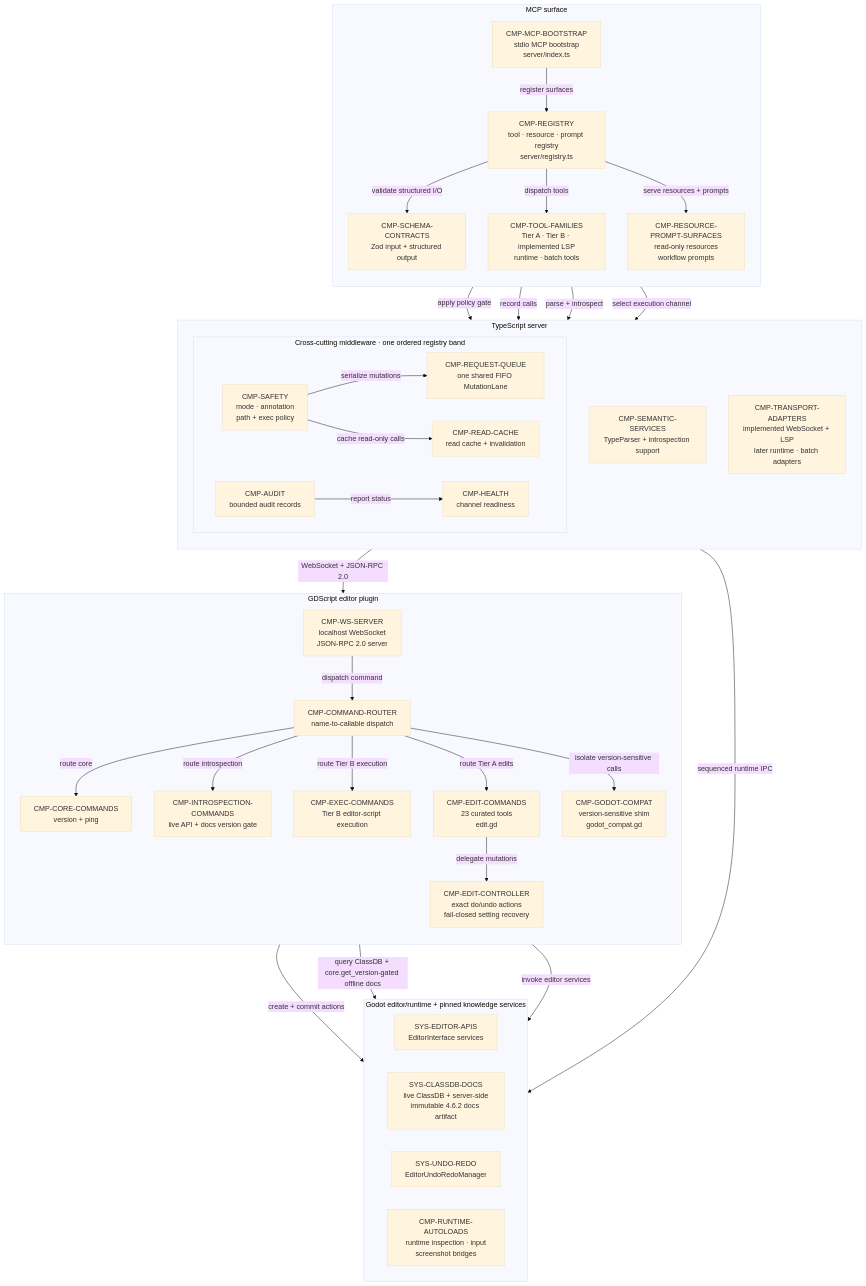
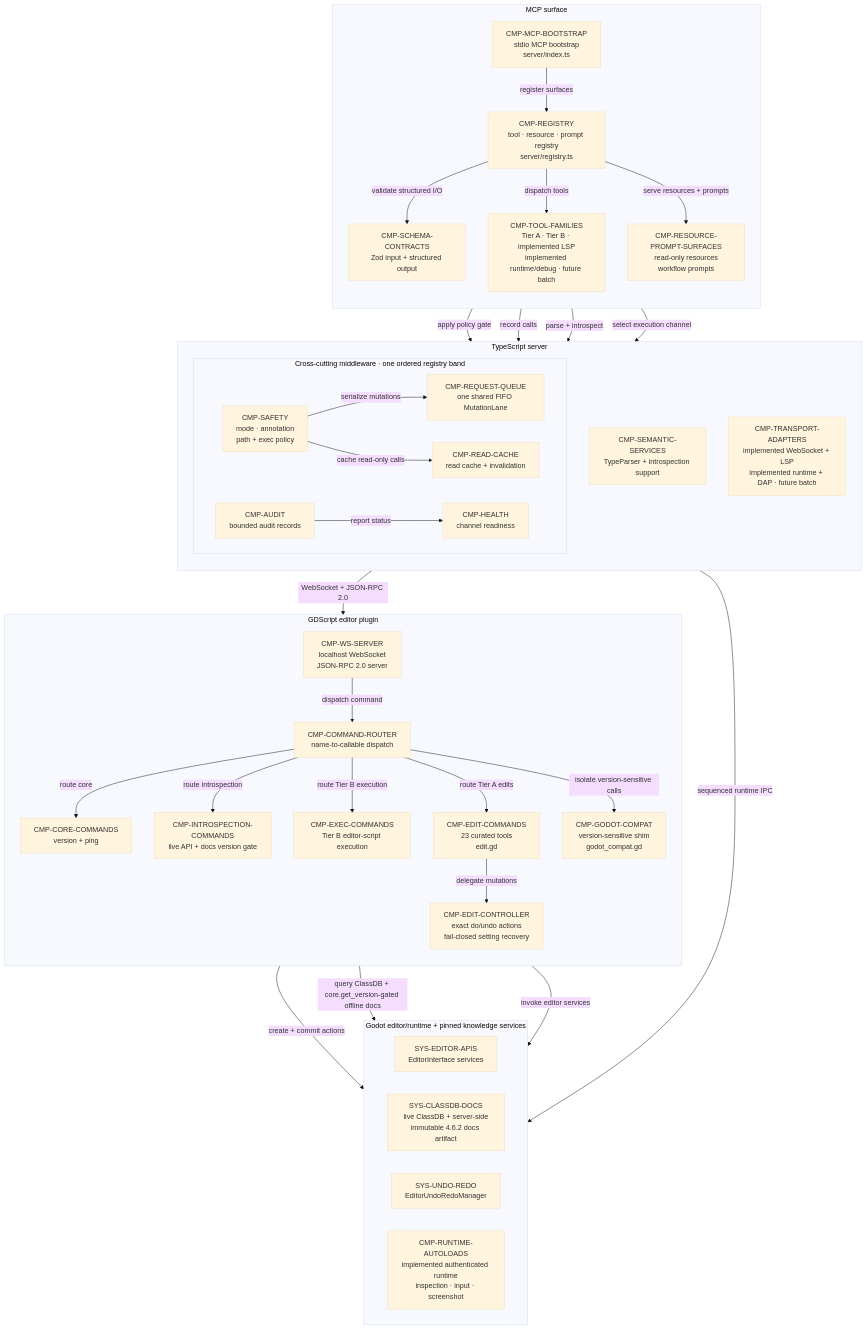
Before and after one commit to 9thLevelSoftware/robogodot: the diagram in docs/architecture/04-server-components.md, drawn with Mermaid (base theme). The commit also changed other lines of this file and 37 other files, not shown here.

```diff
--- a/docs/architecture/04-server-components.md
+++ b/docs/architecture/04-server-components.md
@@ -28,7 +28,7 @@
     %% atlas-node: CMP-SCHEMA-CONTRACTS
     CMP_SCHEMA_CONTRACTS["CMP-SCHEMA-CONTRACTS<br/>Zod input + structured output"]
     %% atlas-node: CMP-TOOL-FAMILIES
-    CMP_TOOL_FAMILIES["CMP-TOOL-FAMILIES<br/>Tier A · Tier B · implemented LSP<br/>runtime · batch tools"]
+    CMP_TOOL_FAMILIES["CMP-TOOL-FAMILIES<br/>Tier A · Tier B · implemented LSP<br/>implemented runtime/debug · future batch"]
     %% atlas-node: CMP-RESOURCE-PROMPT-SURFACES
     CMP_RESOURCE_PROMPT_SURFACES["CMP-RESOURCE-PROMPT-SURFACES<br/>read-only resources<br/>workflow prompts"]
   end
@@ -51,7 +51,7 @@
     %% atlas-node: CMP-SEMANTIC-SERVICES
     CMP_SEMANTIC_SERVICES["CMP-SEMANTIC-SERVICES<br/>TypeParser + introspection support"]
     %% atlas-node: CMP-TRANSPORT-ADAPTERS
-    CMP_TRANSPORT_ADAPTERS["CMP-TRANSPORT-ADAPTERS<br/>implemented WebSocket + LSP<br/>later runtime · batch adapters"]
+    CMP_TRANSPORT_ADAPTERS["CMP-TRANSPORT-ADAPTERS<br/>implemented WebSocket + LSP<br/>implemented runtime + DAP · future batch"]
   end
 
   subgraph GDSCRIPT_PLUGIN["GDScript editor plugin"]
@@ -83,7 +83,7 @@
     %% atlas-node: SYS-UNDO-REDO
     SYS_UNDO_REDO["SYS-UNDO-REDO<br/>EditorUndoRedoManager"]
     %% atlas-node: CMP-RUNTIME-AUTOLOADS
-    CMP_RUNTIME_AUTOLOADS["CMP-RUNTIME-AUTOLOADS<br/>runtime inspection · input<br/>screenshot bridges"]
+    CMP_RUNTIME_AUTOLOADS["CMP-RUNTIME-AUTOLOADS<br/>implemented authenticated runtime<br/>inspection · input · screenshot"]
   end
 
   %% atlas-flow: FLOW-CMP-001
```
